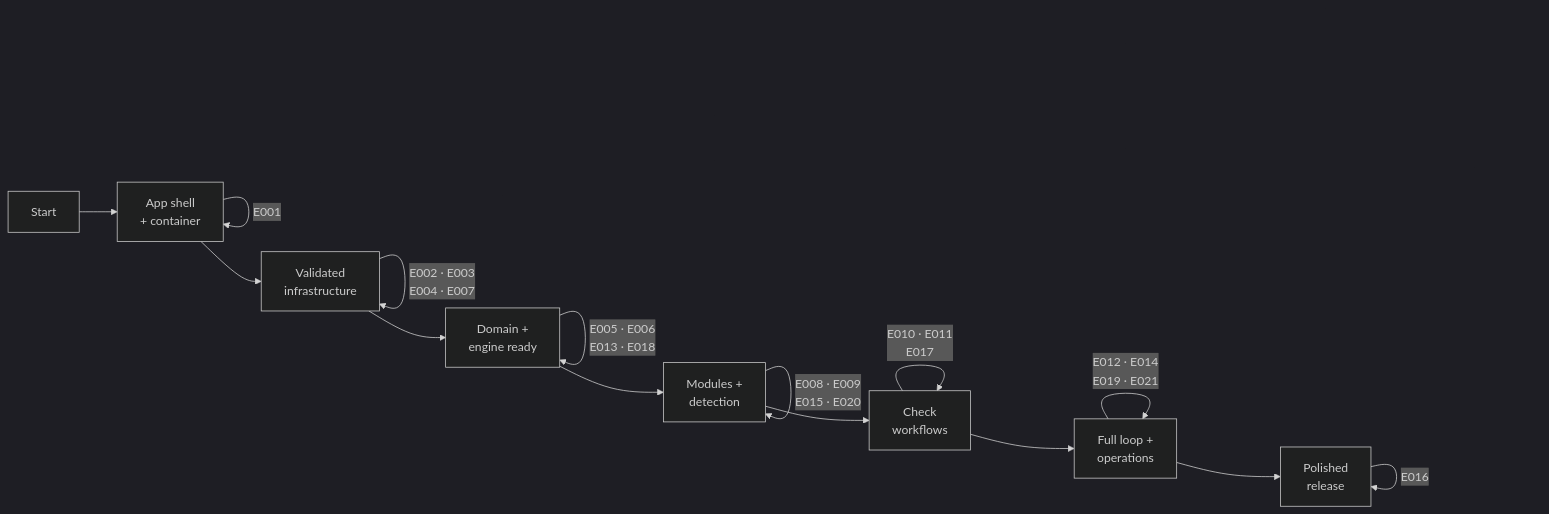
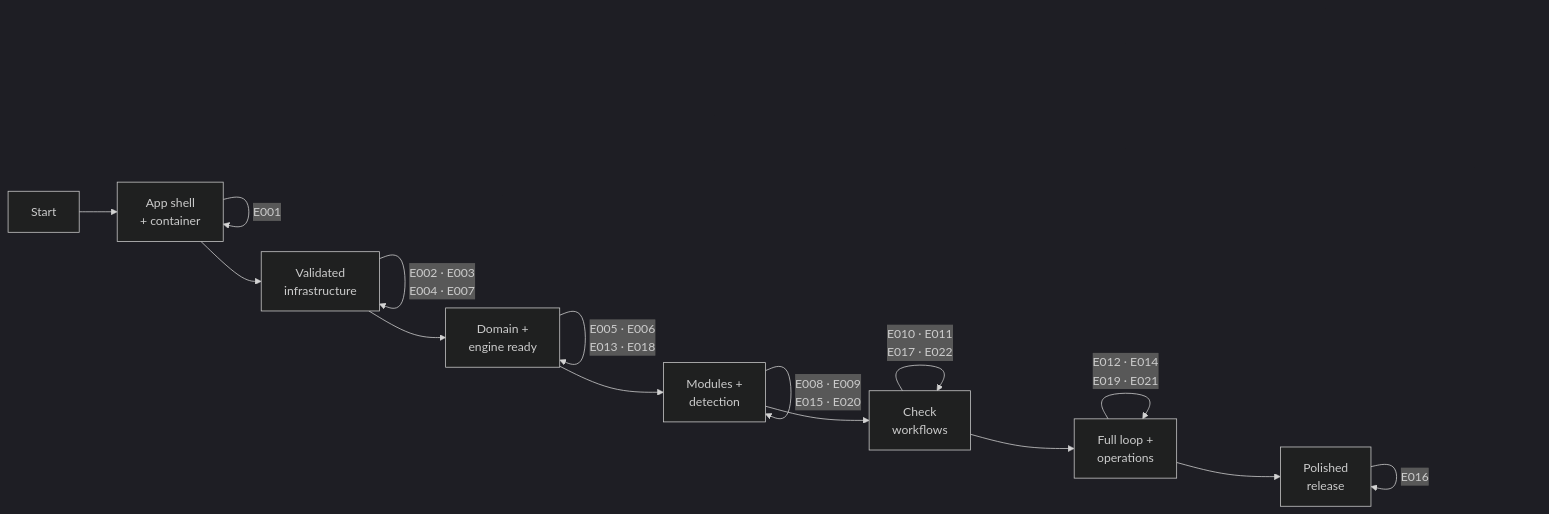
The diagram in specs/project-plan.md (attilaszasz/Binocular), drawn with Mermaid (dark theme) before and after one commit. The commit also changed other lines of this file and 3 other files, not shown here.

````diff
--- a/specs/project-plan.md
+++ b/specs/project-plan.md
@@ -78,23 +79,23 @@
 ```mermaid
 graph LR
     START["Start"] --> M1["App shell<br>+ container"]
     M1 -->|E001| M1
 
     M1 --> M2["Validated<br>infrastructure"]
     M2 -->|"E002 · E003<br>E004 · E007"| M2
 
     M2 --> M3["Domain +<br>engine ready"]
     M3 -->|"E005 · E006<br>E013 · E018"| M3
 
     M3 --> M4["Modules +<br>detection"]
     M4 -->|"E008 · E009<br>E015 · E020"| M4
 
     M4 --> M5["Check<br>workflows"]
-    M5 -->|"E010 · E011<br>E017"| M5
+    M5 -->|"E010 · E011<br>E017 · E022"| M5
 
     M5 --> M6["Full loop +<br>operations"]
     M6 -->|"E012 · E014<br>E019 · E021"| M6
 
     M6 --> M7["Polished<br>release"]
     M7 -->|E016| M7
 ```
````
